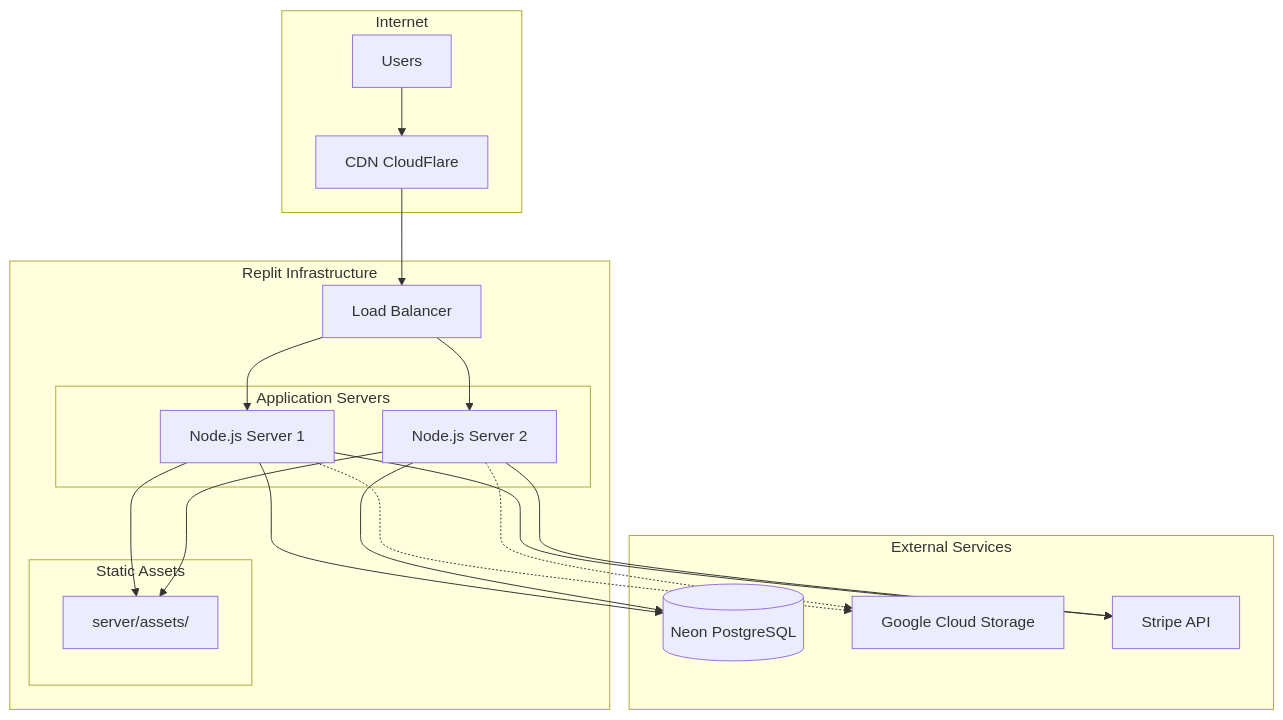
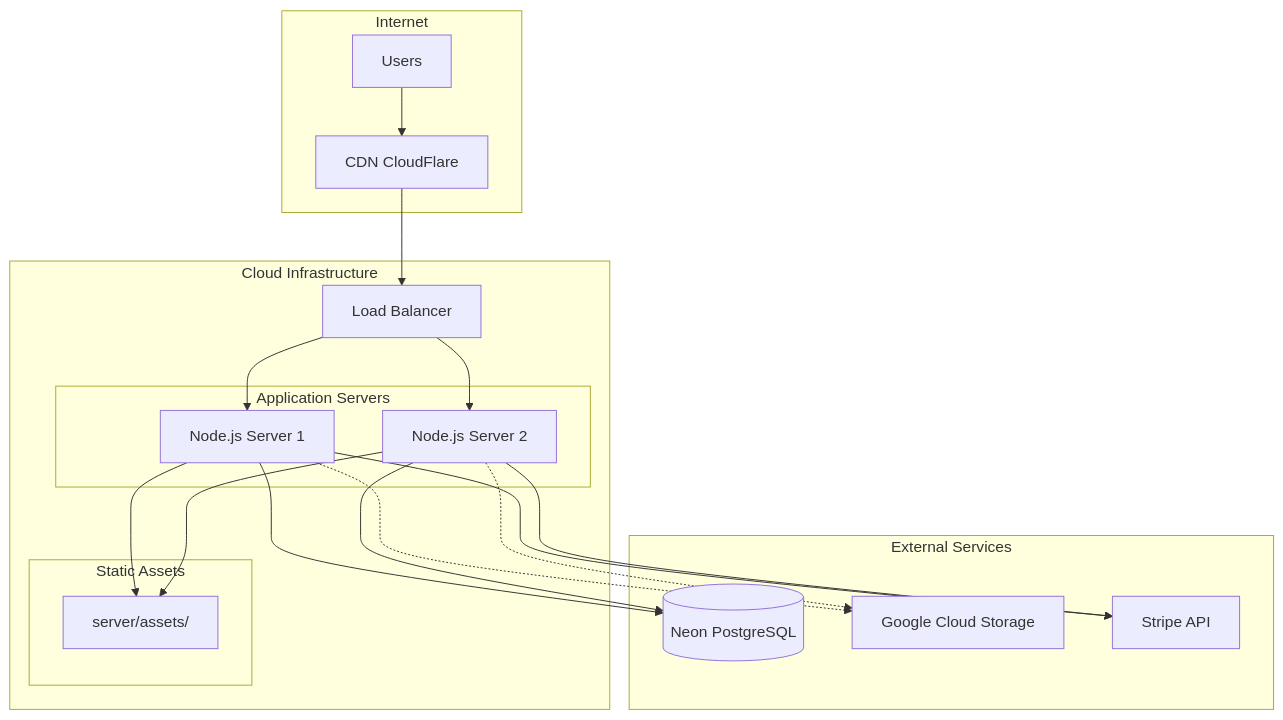
One commit to bnwhy/wawbook changed diagram 22 of 23 in ARCHITECTURE_DIAGRAMS.md. Above: the diagram before and after it, drawn with Mermaid. The commit also changed 82 other files, not shown here.

````diff
--- a/ARCHITECTURE_DIAGRAMS.md
+++ b/ARCHITECTURE_DIAGRAMS.md
@@ -928,43 +928,43 @@
 ```mermaid
 flowchart TD
     subgraph Internet
         Users[Users]
         CDN[CDN CloudFlare]
     end
     
-    subgraph Replit[Replit Infrastructure]
+    subgraph Infra[Cloud Infrastructure]
         LoadBalancer[Load Balancer]
         
         subgraph AppServers[Application Servers]
             Server1[Node.js Server 1]
             Server2[Node.js Server 2]
         end
         
         subgraph StaticAssets[Static Assets]
             AssetsFolder[server/assets/]
         end
     end
     
     subgraph External[External Services]
         NeonDB[(Neon PostgreSQL)]
         GCS[Google Cloud Storage]
         StripeService[Stripe API]
     end
     
     Users --> CDN
     CDN --> LoadBalancer
     LoadBalancer --> Server1
     LoadBalancer --> Server2
     
     Server1 --> NeonDB
     Server2 --> NeonDB
     
     Server1 --> AssetsFolder
     Server2 --> AssetsFolder
     
     Server1 -.-> GCS
     Server2 -.-> GCS
     
     Server1 --> StripeService
     Server2 --> StripeService
 ```
````
